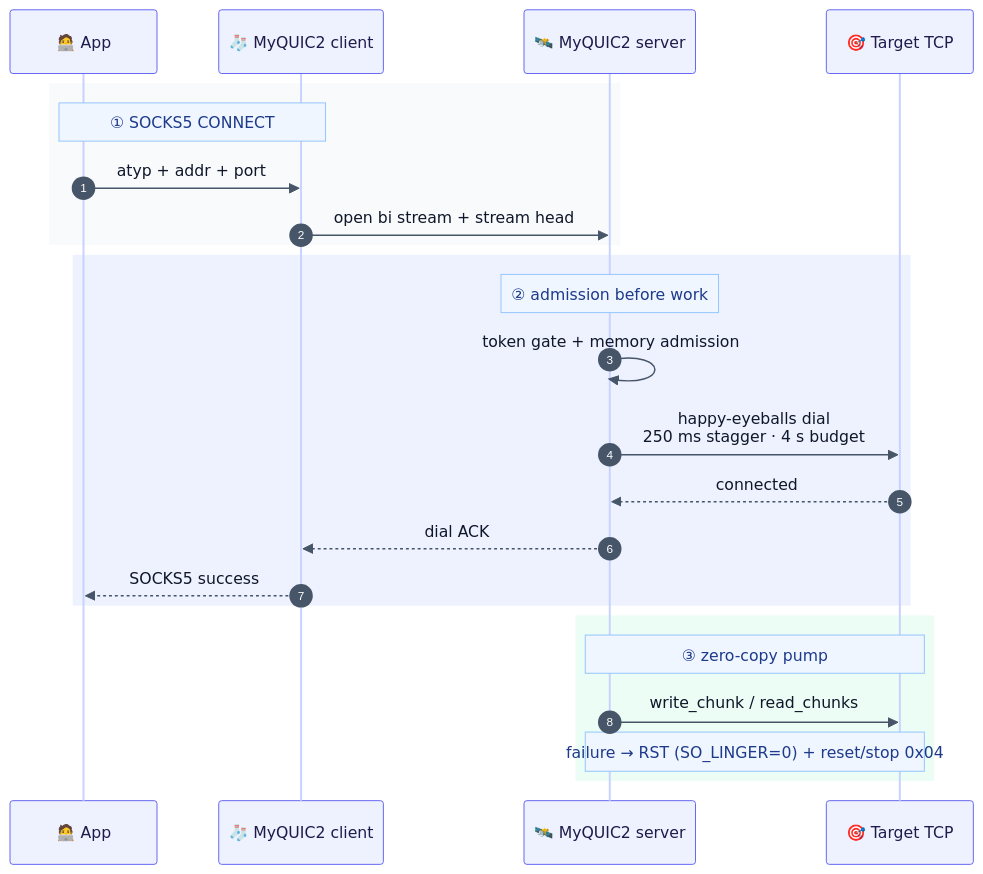
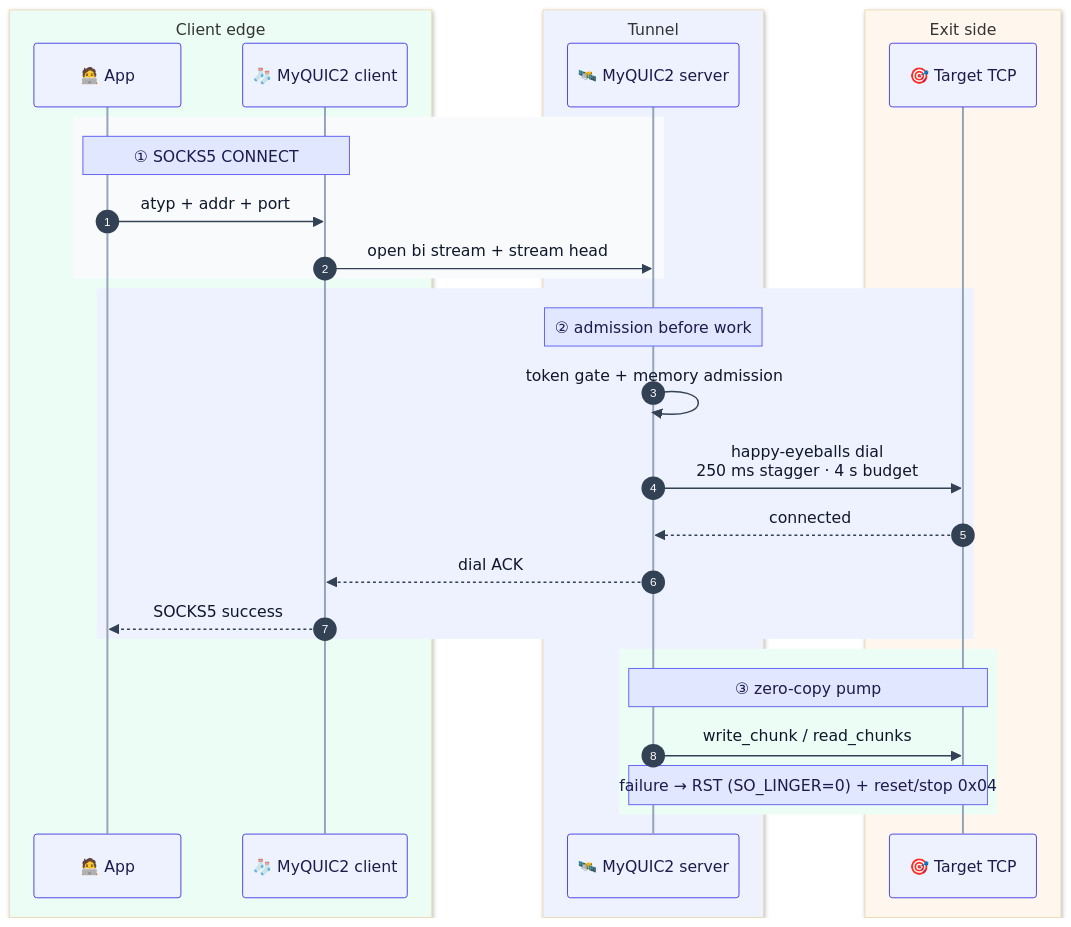
Before and after one commit to Terutoki/MyQUIC2: the seventh of 25 diagrams in README.md, drawn with Mermaid. The commit also changed other lines of this file, not shown here.

````diff
--- a/README.md
+++ b/README.md
@@ -503,27 +503,33 @@
 ```mermaid
-%%{init: {"theme":"base","themeVariables":{"fontSize":"15px","actorBkg":"#eef2ff","actorBorder":"#6366f1","actorTextColor":"#1e1b4b","actorLineColor":"#c7d2fe","signalColor":"#475569","signalTextColor":"#0f172a","labelBoxBkgColor":"#f8fafc","labelBoxBorderColor":"#cbd5e1","labelTextColor":"#0f172a","loopTextColor":"#0f172a","noteBkgColor":"#eff6ff","noteBorderColor":"#93c5fd","noteTextColor":"#1e3a8a","activationBkgColor":"#e0e7ff","activationBorderColor":"#6366f1","sequenceNumberBackgroundColor":"#6366f1","sequenceNumberColor":"#ffffff"}} }%%
+%%{init: {"theme":"base","themeVariables":{"fontSize":"14px","actorBkg":"#eef2ff","actorBorder":"#4f46e5","actorTextColor":"#1e1b4b","actorLineColor":"#94a3b8","signalColor":"#334155","signalTextColor":"#0f172a","labelBoxBkgColor":"#e0e7ff","labelBoxBorderColor":"#6366f1","labelTextColor":"#1e1b4b","loopTextColor":"#1e1b4b","noteBkgColor":"#e0e7ff","noteBorderColor":"#6366f1","noteTextColor":"#1e1b4b","activationBkgColor":"#c7d2fe","activationBorderColor":"#4f46e5","sequenceNumberBackgroundColor":"#4f46e5","sequenceNumberColor":"#ffffff"}}}%%
 sequenceDiagram
     autonumber
-    participant App as 🧑‍💻 App
-    participant Client as 🧦 MyQUIC2 client
-    participant Server as 🛰️ MyQUIC2 server
-    participant Target as 🎯 Target TCP
+        box rgb(236, 253, 245) Client edge
+            participant App as 🧑‍💻 App
+            participant Client as 🧦 MyQUIC2 client
+        end
+        box rgb(238, 242, 255) Tunnel
+            participant Server as 🛰️ MyQUIC2 server
+        end
+        box rgb(255, 247, 237) Exit side
+            participant Target as 🎯 Target TCP
+        end
         rect rgb(248, 250, 252)
             Note over App,Client: ① SOCKS5 CONNECT
             App->>Client: atyp + addr + port
             Client->>Server: open bi stream + stream head
         end
         rect rgb(238, 242, 255)
             Note over Server: ② admission before work
             Server->>Server: token gate + memory admission
             Server->>Target: happy-eyeballs dial<br/>250 ms stagger · 4 s budget
             Target-->>Server: connected
             Server-->>Client: dial ACK
             Client-->>App: SOCKS5 success
         end
         rect rgb(236, 253, 245)
             Note over Server,Target: ③ zero-copy pump
             Server->>Target: write_chunk / read_chunks
             Note over Server,Target: failure → RST (SO_LINGER=0) + reset/stop 0x04
         end
 ```
````
